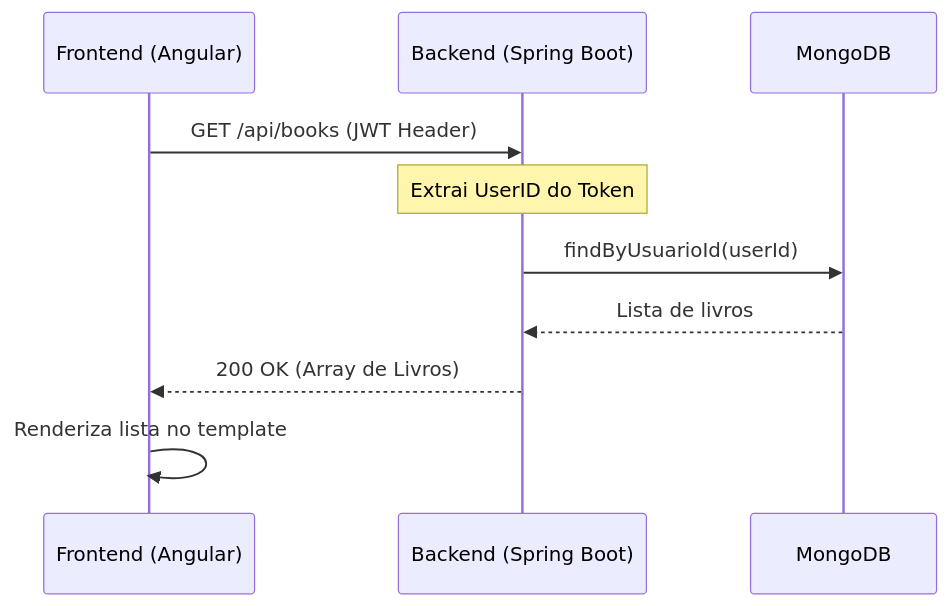
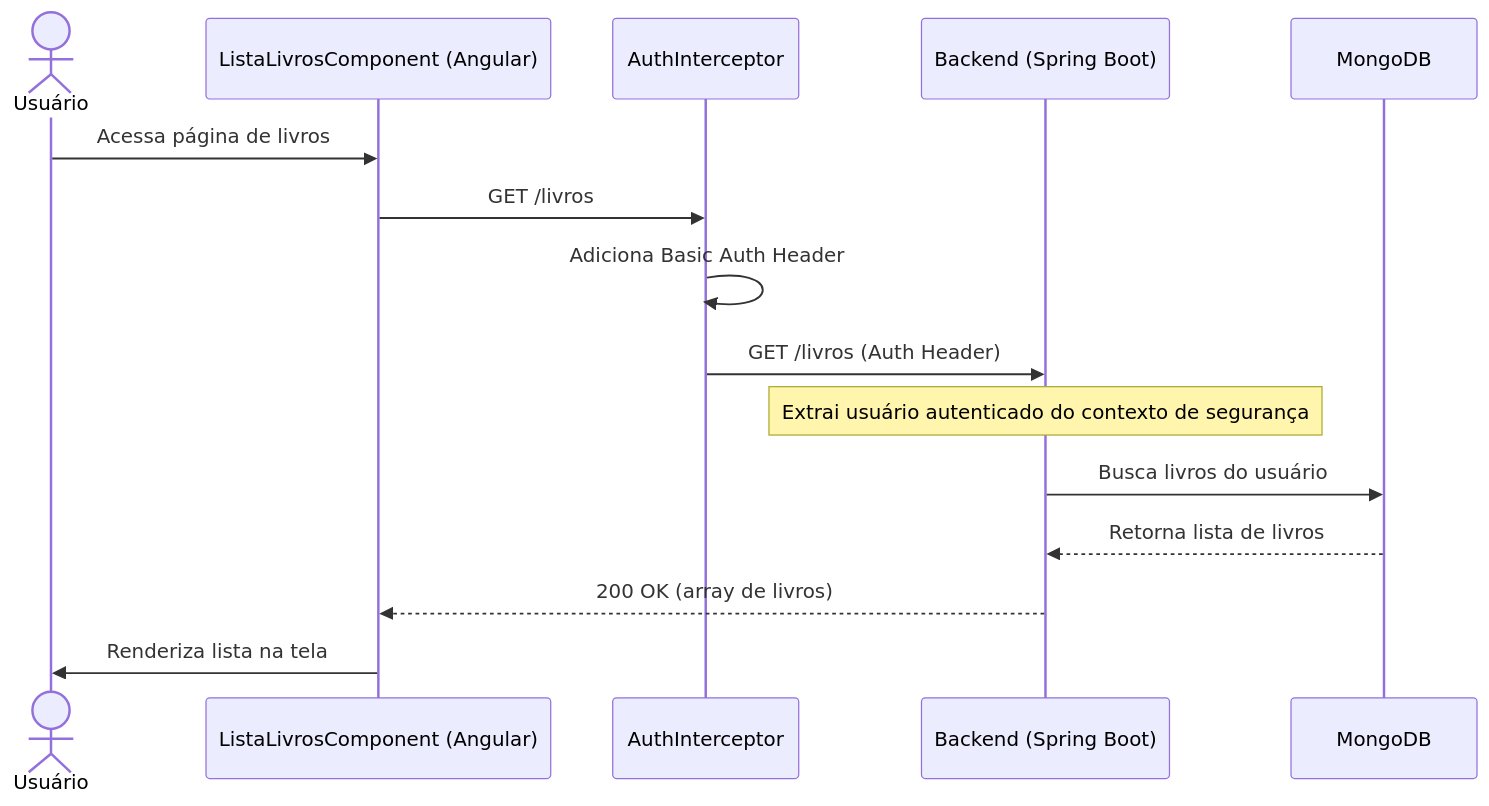
Before and after one commit to Alex-sampaio-lima/Projeto-Q.A: the fourth of 5 diagrams in Diagrama UML.md, drawn with Mermaid. The commit also changed other lines of this file and 4 other files, not shown here.

Commit message:
docs: update UML flows, CI/CD documentation, and project README files

````diff
--- a/Diagrama UML.md
+++ b/Diagrama UML.md
@@ -65,13 +100,20 @@
 ```mermaid
 sequenceDiagram
-    participant Front as Frontend (Angular)
+    actor Usuario as Usuário
+    participant Front as ListaLivrosComponent (Angular)
+    participant Interceptor as AuthInterceptor
     participant Back as Backend (Spring Boot)
     participant DB as MongoDB
 
-    Front->>Back: GET /api/books (JWT Header)
-    Note over Back: Extrai UserID do Token
-    Back->>DB: findByUsuarioId(userId)
-    DB-->>Back: Lista de livros
-    Back-->>Front: 200 OK (Array de Livros)
-    Front->>Front: Renderiza lista no template
+    Usuario->>Front: Acessa página de livros
+    Front->>Interceptor: GET /livros
+    Interceptor->>Interceptor: Adiciona Basic Auth Header
+    Interceptor->>Back: GET /livros (Auth Header)
+
+    Note over Back: Extrai usuário autenticado do contexto de segurança
+
+    Back->>DB: Busca livros do usuário
+    DB-->>Back: Retorna lista de livros
+    Back-->>Front: 200 OK (array de livros)
+    Front->>Usuario: Renderiza lista na tela
 ```
````
